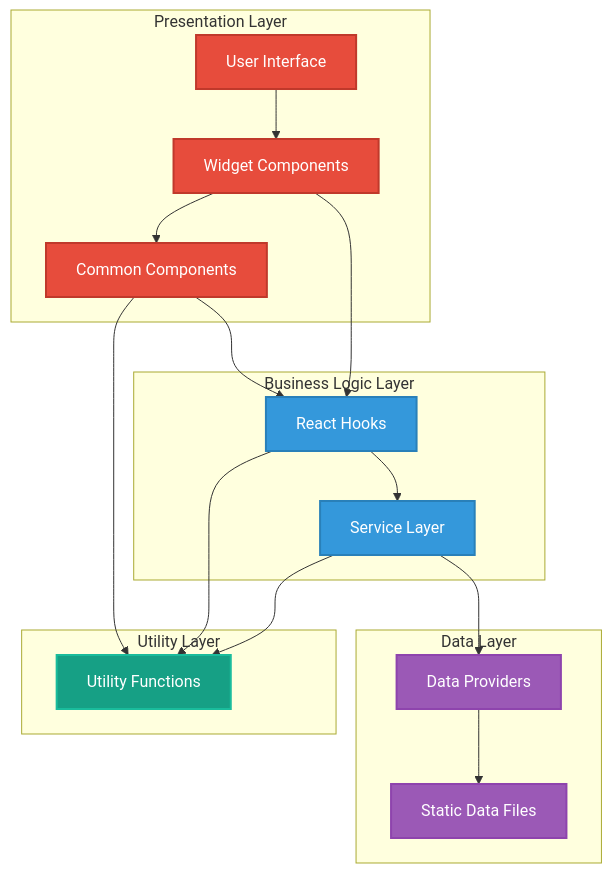
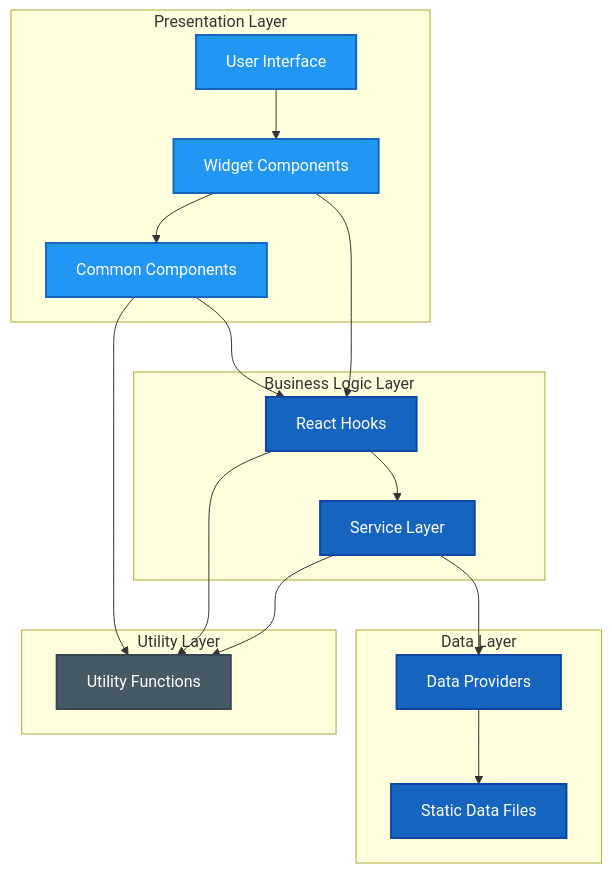
Before and after one commit to Hack23/cia-compliance-manager: the first of 8 diagrams in docs/architecture/SYSTEM_ARCHITECTURE.md, drawn with Mermaid. The commit also changed other lines of this file and 18 other files, not shown here.

First line of the commit message:
style: update all classDef colors to ISMS style guide palette and fix quadrant charts

````diff
--- a/docs/architecture/SYSTEM_ARCHITECTURE.md
+++ b/docs/architecture/SYSTEM_ARCHITECTURE.md
@@ -32,40 +32,40 @@
 ```mermaid
 flowchart TD
     subgraph "Presentation Layer"
         UI[User Interface]
         Widgets[Widget Components]
         Common[Common Components]
     end
     
     subgraph "Business Logic Layer"
         Services[Service Layer]
         Hooks[React Hooks]
     end
     
     subgraph "Data Layer"
         Providers[Data Providers]
         StaticData[Static Data Files]
     end
     
     subgraph "Utility Layer"
         Utils[Utility Functions]
     end
     
     UI --> Widgets --> Common
     Widgets --> Hooks --> Services
     Common --> Hooks
     Services --> Providers --> StaticData
     Services --> Utils
     Hooks --> Utils
     Common --> Utils
     
-    classDef presentation fill:#e74c3c,stroke:#c0392b,stroke-width:2px,color:white
-    classDef business fill:#3498db,stroke:#2980b9,stroke-width:2px,color:white
-    classDef data fill:#9b59b6,stroke:#8e44ad,stroke-width:2px,color:white
-    classDef utility fill:#16a085,stroke:#1abc9c,stroke-width:2px,color:white
+    classDef presentation fill:#2196F3,stroke:#1565C0,stroke-width:2px,color:#ffffff
+    classDef business fill:#1565C0,stroke:#0D47A1,stroke-width:2px,color:#ffffff
+    classDef data fill:#1565C0,stroke:#0D47A1,stroke-width:2px,color:#ffffff
+    classDef utility fill:#455A64,stroke:#37474F,stroke-width:2px,color:#ffffff
     
     class UI,Widgets,Common presentation
     class Services,Hooks business
     class Providers,StaticData data
     class Utils utility
 ```
````
